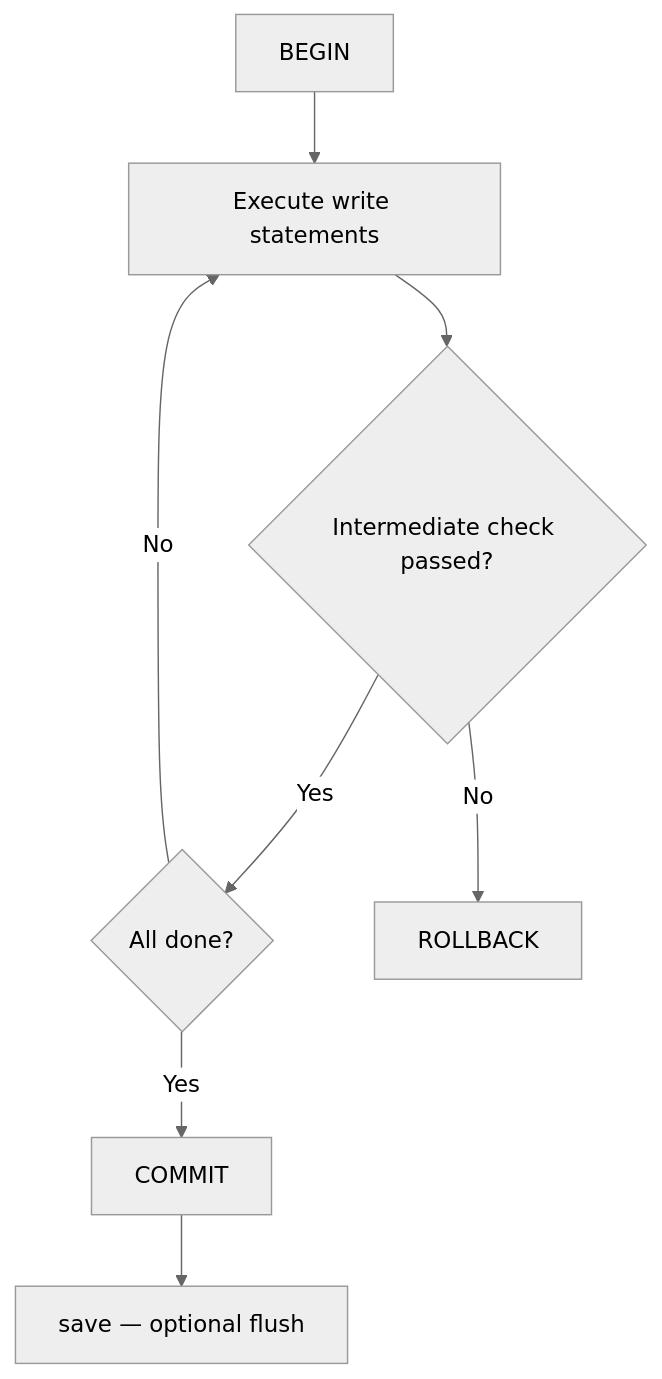
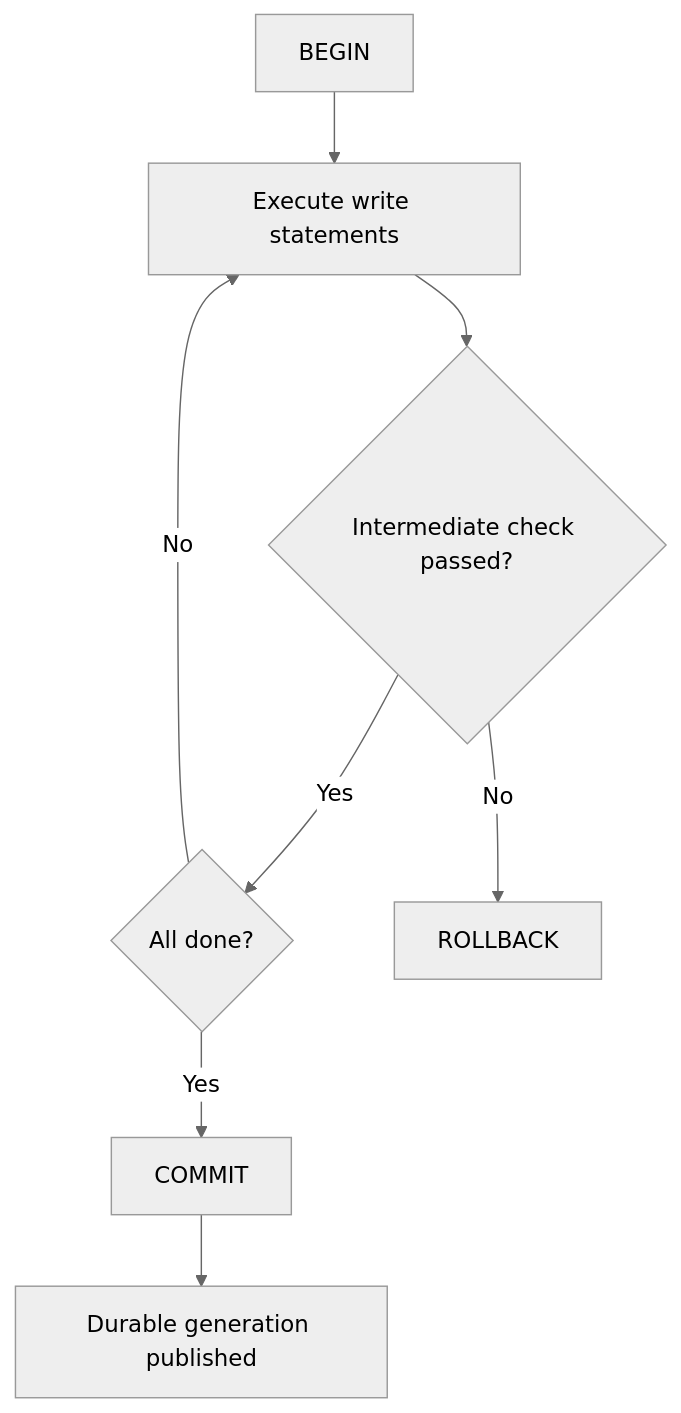
The second of 2 diagrams in docs/apps/docs/content/docs/en/zyx/user-guide/transactions.mdx (nexepic/zyx), drawn with Mermaid (neutral theme) before and after one commit. The commit also changed other lines of this file and 7 other files, not shown here.

````diff
--- a/docs/apps/docs/content/docs/en/zyx/user-guide/transactions.mdx
+++ b/docs/apps/docs/content/docs/en/zyx/user-guide/transactions.mdx
@@ -102,10 +103,10 @@
 ```mermaid
 flowchart TD
   A[BEGIN] --> B[Execute write statements]
   B --> C{Intermediate check passed?}
   C -->|Yes| D{All done?}
   C -->|No| E[ROLLBACK]
   D -->|Yes| F[COMMIT]
   D -->|No| B
-  F --> G[save — optional flush]
+  F --> G[Durable generation published]
 ```
````
